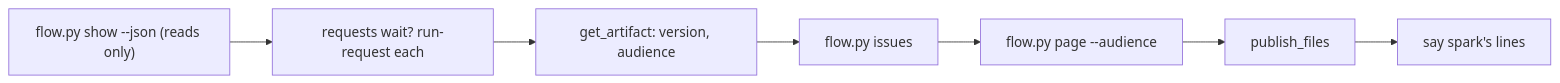
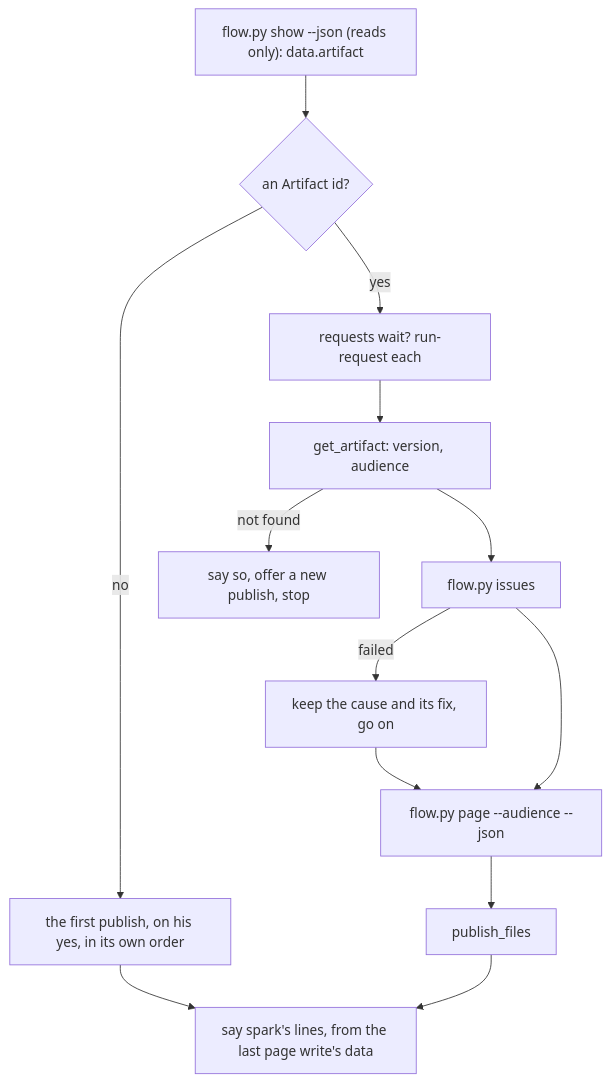
Before and after one commit to xmejkal/spark: the fourth of 5 diagrams in docs/discovery/2026-11-23-p1038-page-design/design.md, drawn with Mermaid. The commit also changed other lines of this file, not shown here.

````diff
--- a/docs/discovery/2026-11-23-p1038-page-design/design.md
+++ b/docs/discovery/2026-11-23-p1038-page-design/design.md
@@ -177,7 +229,12 @@
 ```mermaid
-flowchart LR
-  c1["flow.py show --json (reads only)"] --> c2["requests wait? run-request each"]
+flowchart TB
+  c1["flow.py show --json (reads only): data.artifact"] --> c0{"an Artifact id?"}
+  c0 -- no --> f1["the first publish, on his yes, in its own order"] --> c7
+  c0 -- yes --> c2["requests wait? run-request each"]
   c2 --> c3["get_artifact: version, audience"]
-  c3 --> c4["flow.py issues"] --> c5["flow.py page --audience"]
-  c5 --> c6["publish_files"] --> c7["say spark's lines"]
+  c3 -- not found --> x1["say so, offer a new publish, stop"]
+  c3 --> c4["flow.py issues"]
+  c4 -- failed --> c4b["keep the cause and its fix, go on"] --> c5
+  c4 --> c5["flow.py page --audience --json"]
+  c5 --> c6["publish_files"] --> c7["say spark's lines, from the last page write's data"]
 ```
````
